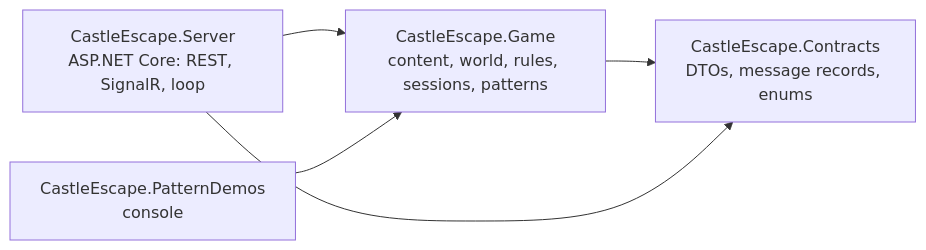
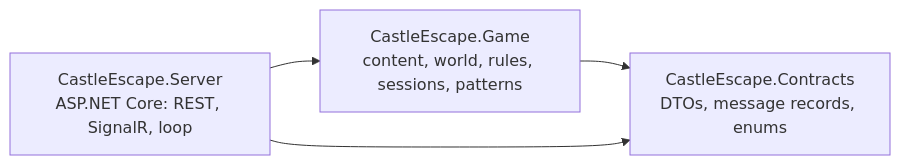
The first of 2 diagrams in docs/ARCHITECTURE.md (YoBoyJonas/OPP), drawn with Mermaid before and after one commit. The commit also changed other lines of this file and 94 other files, not shown here.

````diff
--- a/docs/ARCHITECTURE.md
+++ b/docs/ARCHITECTURE.md
@@ -5,11 +5,9 @@
 ```mermaid
 flowchart LR
     Contracts["CastleEscape.Contracts<br/>DTOs, message records, enums"]
     Game["CastleEscape.Game<br/>content, world, rules, sessions, patterns"]
     Server["CastleEscape.Server<br/>ASP.NET Core: REST, SignalR, loop"]
-    Demos["CastleEscape.PatternDemos<br/>console"]
     Game --> Contracts
     Server --> Game
     Server --> Contracts
-    Demos --> Game
 ```
````
